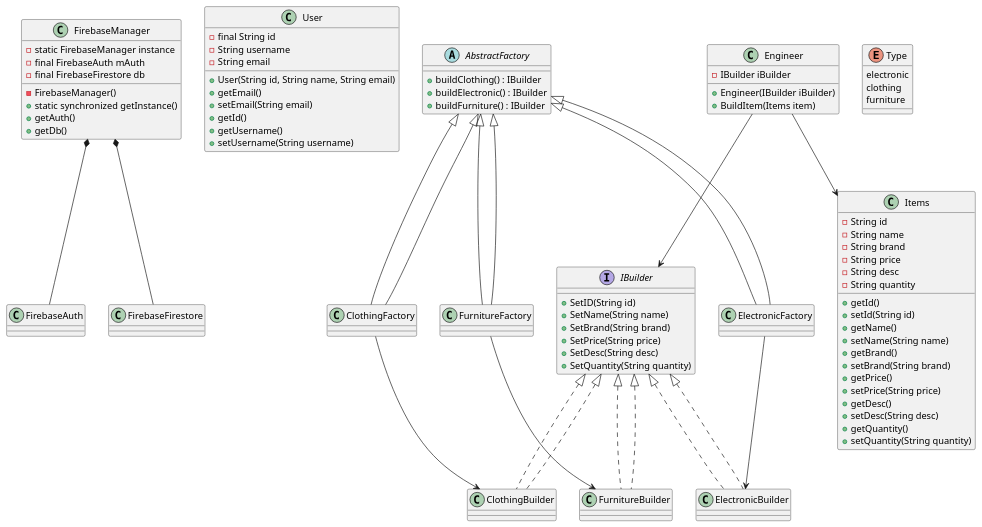
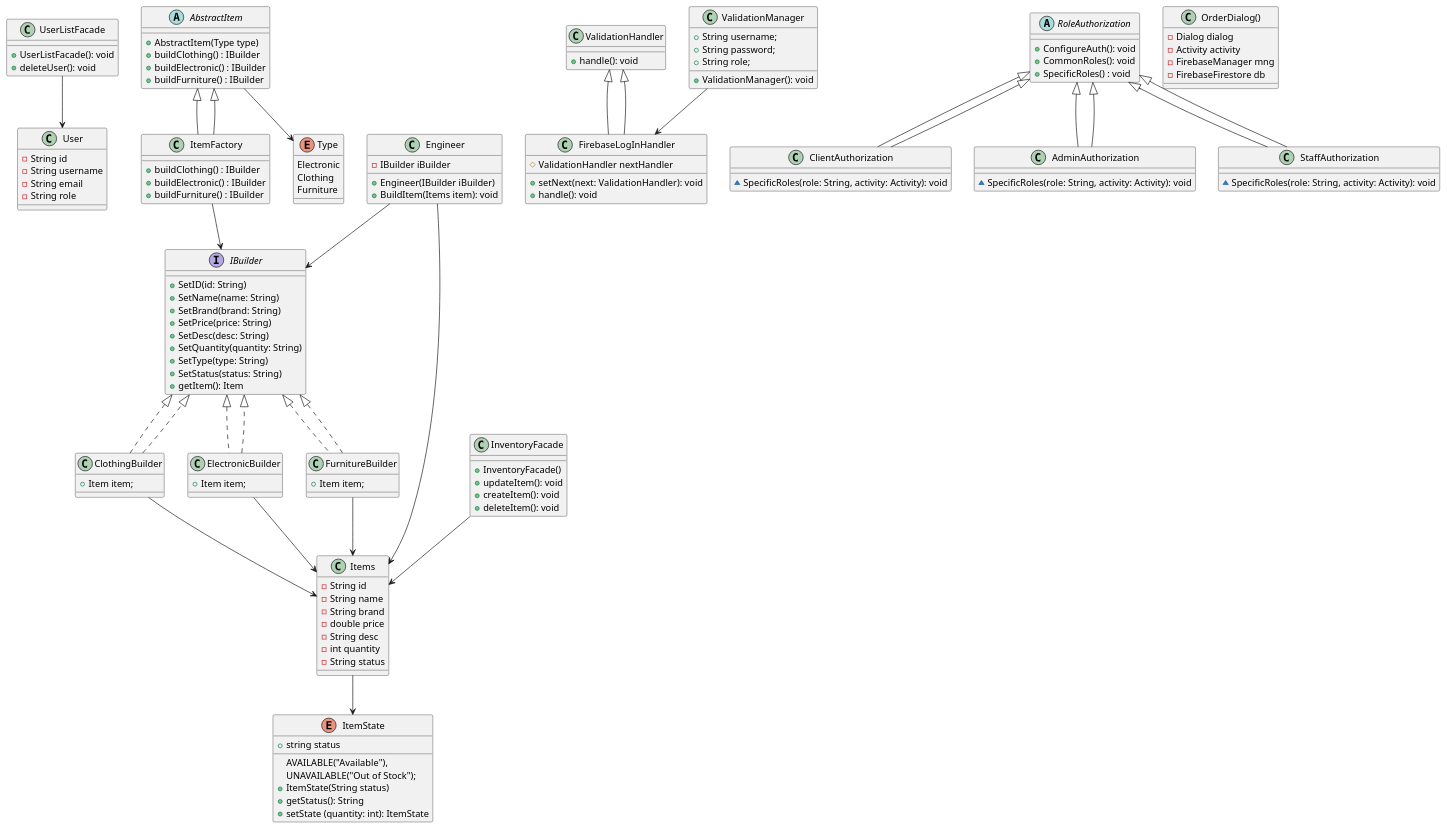
The diagram in app/src/main/java/com/example/inventorymanagementproject/Class Diagram.puml (Aoigan2k4/Inventory-Management-), drawn with PlantUML before and after one commit. The commit also changed 5 other files, not shown here.

Commit message:
Updated Class Diagram

```diff
--- a/app/src/main/java/com/example/inventorymanagementproject/Class Diagram.puml
+++ b/app/src/main/java/com/example/inventorymanagementproject/Class Diagram.puml
@@ -1,97 +1,173 @@
 @startuml
 'https://plantuml.com/class-diagram}
 
-class FirebaseManager {
-    - static FirebaseManager instance
-    - final FirebaseAuth mAuth
-    - final FirebaseFirestore db
-    - FirebaseManager()
-    + static synchronized getInstance()
-    + getAuth()
-    + getDb()
+'class FirebaseManager {
+'    -static FirebaseManager instance
+'    -final FirebaseAuth mAuth
+'    -final FirebaseFirestore db
+'    -FirebaseManager()
+'
+'    +static synchronized getInstance()
+'    +getAuth(): FirebaseAuth
+'    +getDb(): FirebaseFirestore
+'    +CreateUser(): void
+'    +LogInUser(): void
+'}
+
+class User {
+    -String id
+    -String username
+    -String email
+    -String role
 }
 
-class User {
-    - final String id
-    - String username
-    - String email
-    + User(String id, String name, String email)
-    + getEmail()
-    + setEmail(String email)
-    + getId()
-    + getUsername()
-    + setUsername(String username)
+abstract class AbstractItem {
+    +AbstractItem(Type type)
+    +buildClothing() : IBuilder
+    +buildElectronic() : IBuilder
+    +buildFurniture() : IBuilder
 }
 
-abstract class AbstractFactory {
-    + buildClothing() : IBuilder
-    + buildElectronic() : IBuilder
-    + buildFurniture() : IBuilder
+class ItemFactory extends AbstractItem {
+    +buildClothing() : IBuilder
+    +buildElectronic() : IBuilder
+    +buildFurniture() : IBuilder
 }
 
-class ClothingFactory extends AbstractFactory
-class ElectronicFactory extends AbstractFactory
-class FurnitureFactory extends AbstractFactory
-
 enum Type {
-    electronic
-    clothing
-    furniture
+    Electronic
+    Clothing
+    Furniture
 }
 
 interface IBuilder {
-    + SetID(String id)
-    + SetName(String name)
-    + SetBrand(String brand)
-    + SetPrice(String price)
-    + SetDesc(String desc)
-    + SetQuantity(String quantity)
+    +SetID(id: String)
+    +SetName(name: String)
+    +SetBrand(brand: String)
+    +SetPrice(price: String)
+    +SetDesc(desc: String)
+    +SetQuantity(quantity: String)
+    +SetType(type: String)
+    +SetStatus(status: String)
+    +getItem(): Item
 }
 
-class ClothingBuilder implements IBuilder
-class ElectronicBuilder implements IBuilder
-class FurnitureBuilder implements IBuilder
+class ClothingBuilder implements IBuilder {
+    +Item item;
+}
+class ElectronicBuilder implements IBuilder {
+    +Item item;
+}
+class FurnitureBuilder implements IBuilder {
+    +Item item;
+}
 
 class Engineer {
-    - IBuilder iBuilder
-    + Engineer(IBuilder iBuilder)
-    + BuildItem(Items item)
+    -IBuilder iBuilder
+
+    +Engineer(IBuilder iBuilder)
+    +BuildItem(Items item): void
 }
 
 class Items {
-    - String id
-    - String name
-    - String brand
-    - String price
-    - String desc
-    - String quantity
-    + getId()
-    + setId(String id)
-    + getName()
-    + setName(String name)
-    + getBrand()
-    + setBrand(String brand)
-    + getPrice()
-    + setPrice(String price)
-    + getDesc()
-    + setDesc(String desc)
-    + getQuantity()
-    + setQuantity(String quantity)
+    -String id
+    -String name
+    -String brand
+    -double price
+    -String desc
+    -int quantity
+    -String status
 }
 
-FirebaseManager *-- FirebaseAuth
-FirebaseManager *-- FirebaseFirestore
-AbstractFactory <|-- ClothingFactory
-AbstractFactory <|-- ElectronicFactory
-AbstractFactory <|-- FurnitureFactory
-ClothingFactory --> ClothingBuilder
-ElectronicFactory --> ElectronicBuilder
-FurnitureFactory --> FurnitureBuilder
-IBuilder <|.. ClothingBuilder
-IBuilder <|.. ElectronicBuilder
-IBuilder <|.. FurnitureBuilder
+class ValidationHandler {
+    +handle(): void
+}
+
+class FirebaseLogInHandler extends ValidationHandler {
+    #ValidationHandler nextHandler
+
+    +setNext(next: ValidationHandler): void
+    +handle(): void
+}
+
+class ValidationManager {
+    +String username;
+    +String password;
+    +String role;
+
+    +ValidationManager(): void
+}
+
+class InventoryFacade {
+    +InventoryFacade()
+    +updateItem(): void
+    +createItem(): void
+    +deleteItem(): void
+}
+
+class UserListFacade {
+    +UserListFacade(): void
+    +deleteUser(): void
+}
+
+enum ItemState {
+    AVAILABLE("Available"),
+    UNAVAILABLE("Out of Stock");
+
+    +string status
+    +ItemState(String status)
+    +getStatus(): String
+    +setState (quantity: int): ItemState
+}
+
+abstract class RoleAuthorization {
+    +ConfigureAuth(): void
+    +CommonRoles(): void
+    +SpecificRoles() : void
+}
+
+class ClientAuthorization extends RoleAuthorization {
+    ~SpecificRoles(role: String, activity: Activity): void
+}
+
+class AdminAuthorization extends RoleAuthorization {
+    ~SpecificRoles(role: String, activity: Activity): void
+}
+
+class StaffAuthorization extends RoleAuthorization {
+    ~SpecificRoles(role: String, activity: Activity): void
+}
+
+class OrderDialog() {
+    -Dialog dialog
+    -Activity activity
+    -FirebaseManager mng
+    -FirebaseFirestore db
+}
+
+ItemFactory --|> AbstractItem
+FirebaseLogInHandler --|> ValidationHandler
+ClientAuthorization --|> RoleAuthorization
+AdminAuthorization --|> RoleAuthorization
+StaffAuthorization --|> RoleAuthorization
+
+ClothingBuilder ..|> IBuilder
+ElectronicBuilder ..|> IBuilder
+FurnitureBuilder ..|> IBuilder
+
 Engineer --> IBuilder
 Engineer --> Items
+ClothingBuilder --> Items
+ElectronicBuilder --> Items
+FurnitureBuilder --> Items
+AbstractItem --> Type
+ItemFactory --> IBuilder
 
 
+ValidationManager --> FirebaseLogInHandler
+UserListFacade --> User
+InventoryFacade --> Items
+
+Items --> ItemState
+
 @enduml
```
